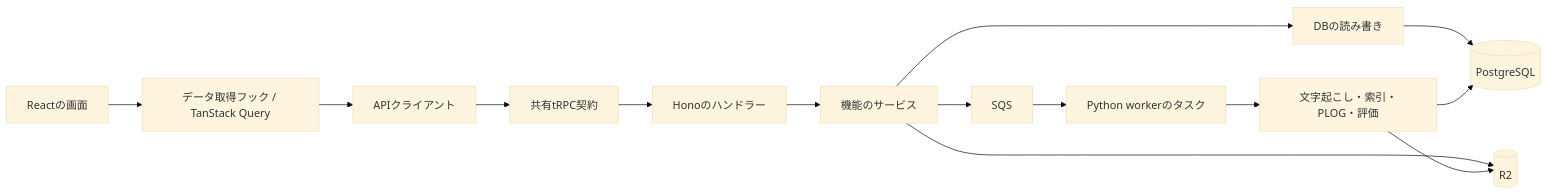
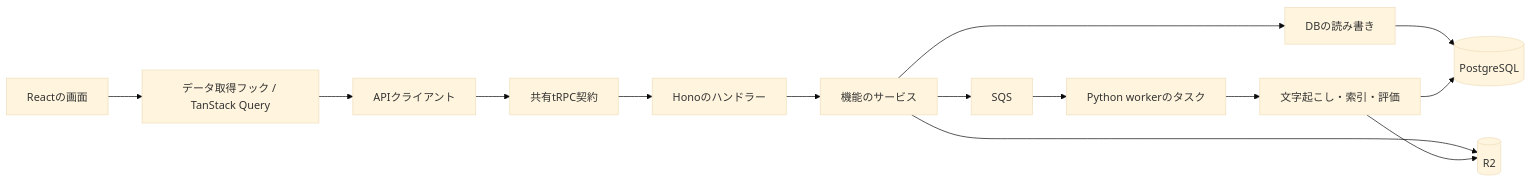
The first of 3 diagrams in apps/docs/i18n/ja/docusaurus-plugin-content-docs/current/design/component-diagram.md (yukiharada1228/videoq), drawn with Mermaid (base theme) before and after one commit. The commit also changed other lines of this file and 173 other files, not shown here.

````diff
--- a/apps/docs/i18n/ja/docusaurus-plugin-content-docs/current/design/component-diagram.md
+++ b/apps/docs/i18n/ja/docusaurus-plugin-content-docs/current/design/component-diagram.md
@@ -11,16 +11,16 @@
 ```mermaid
 flowchart LR
     UI[Reactの画面] --> Hooks[データ取得フック / TanStack Query]
     Hooks --> Client[APIクライアント]
     Client --> Contract[共有tRPC契約]
     Contract --> Adapter[Honoのハンドラー]
     Adapter --> Services[機能のサービス]
     Services --> Repositories[DBの読み書き]
     Repositories --> DB[(PostgreSQL)]
     Services --> R2[(R2)]
     Services --> SQS[SQS]
     SQS --> Tasks[Python workerのタスク]
-    Tasks --> Pipelines[文字起こし・索引・PLOG・評価]
+    Tasks --> Pipelines[文字起こし・索引・評価]
     Pipelines --> DB
     Pipelines --> R2
 ```
````
